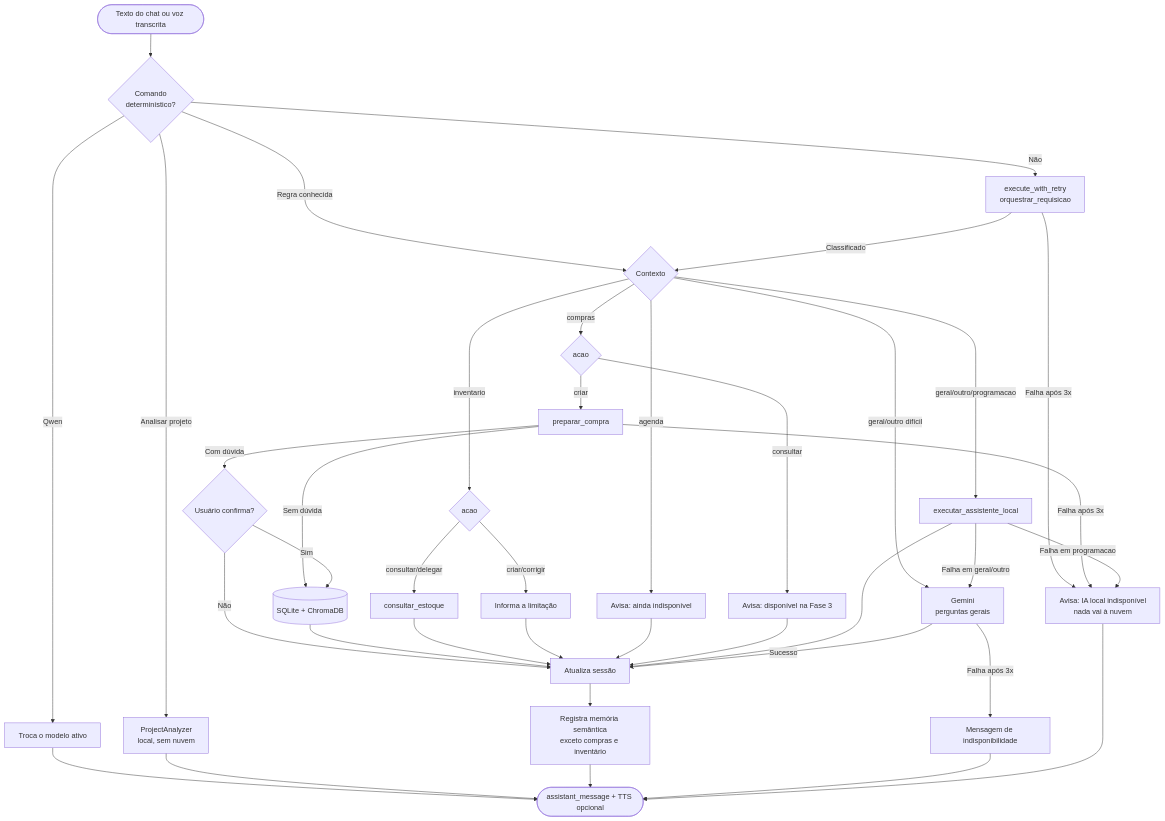
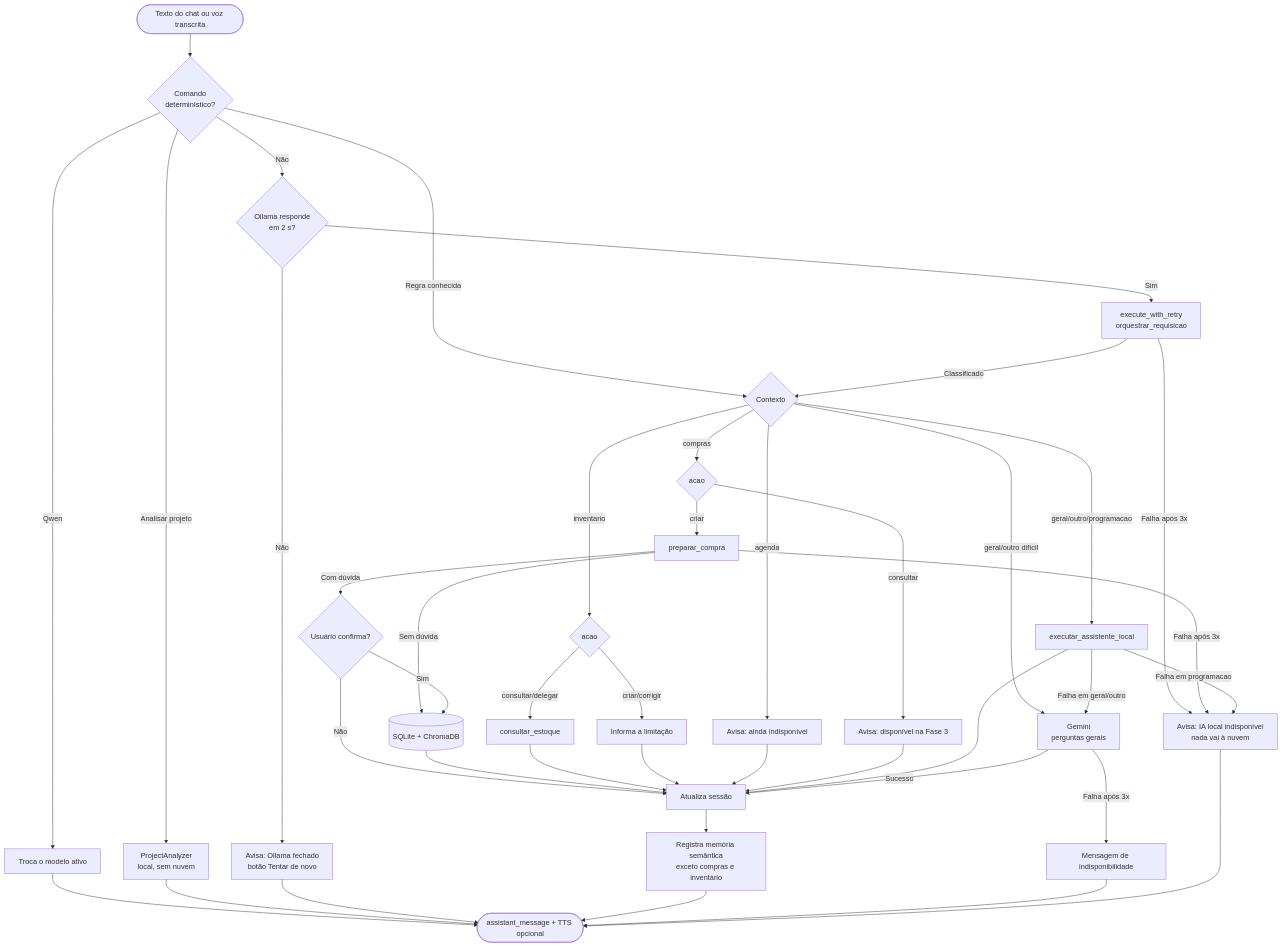
The second of 5 diagrams in Sobre a Versão/05 - Engenharia do Software.md (Felipe-Stu/assistente-domestico), drawn with Mermaid before and after one commit. The commit also changed other lines of this file and 8 other files, not shown here.

````diff
--- a/Sobre a Versão/05 - Engenharia do Software.md
+++ b/Sobre a Versão/05 - Engenharia do Software.md
@@ -86,42 +86,45 @@
 ```mermaid
 flowchart TD
     A([Texto do chat ou voz transcrita]) --> B{Comando<br>determinístico?}
     B -- Qwen --> C[Troca o modelo ativo]
     C --> FIM
     B -- Analisar projeto --> D[ProjectAnalyzer<br>local, sem nuvem]
     D --> FIM
-    B -- Não --> E[execute_with_retry<br>orquestrar_requisicao]
+    B -- Não --> H{Ollama responde<br>em 2 s?}
+    H -- Não --> HX[Avisa: Ollama fechado<br>botão Tentar de novo]
+    HX --> FIM
+    H -- Sim --> E[execute_with_retry<br>orquestrar_requisicao]
     B -- Regra conhecida --> J{Contexto}
     E -- Falha após 3x --> X[Avisa: IA local indisponível<br>nada vai à nuvem]
     E -- Classificado --> J
     J -- geral/outro difícil --> N[Gemini<br>perguntas gerais]
     J -- compras --> I{acao}
     J -- inventario --> K{acao}
     J -- agenda --> Y[Avisa: ainda indisponível]
     J -- geral/outro/programacao --> L[executar_assistente_local]
 
     I -- consultar --> Z[Avisa: disponível na Fase 3]
     I -- criar --> V[preparar_compra]
     V -- Falha após 3x --> X
     V -- Sem dúvida --> M[(SQLite + ChromaDB)]
     V -- Com dúvida --> W{Usuário confirma?}
     W -- Sim --> M
     W -- Não --> R
     K -- consultar/delegar --> O[consultar_estoque]
     K -- criar/corrigir --> P[Informa a limitação]
     L -- Falha em geral/outro --> N
     L -- Falha em programacao --> X
 
     N -- Falha após 3x --> Q[Mensagem de indisponibilidade]
     M --> R[Atualiza sessão]
     O --> R
     P --> R
     Y --> R
     Z --> R
     L --> R
     N -- Sucesso --> R
     R --> S[Registra memória semântica<br>exceto compras e inventário]
     S --> FIM([assistant_message + TTS opcional])
     Q --> FIM
     X --> FIM
 ```
````
